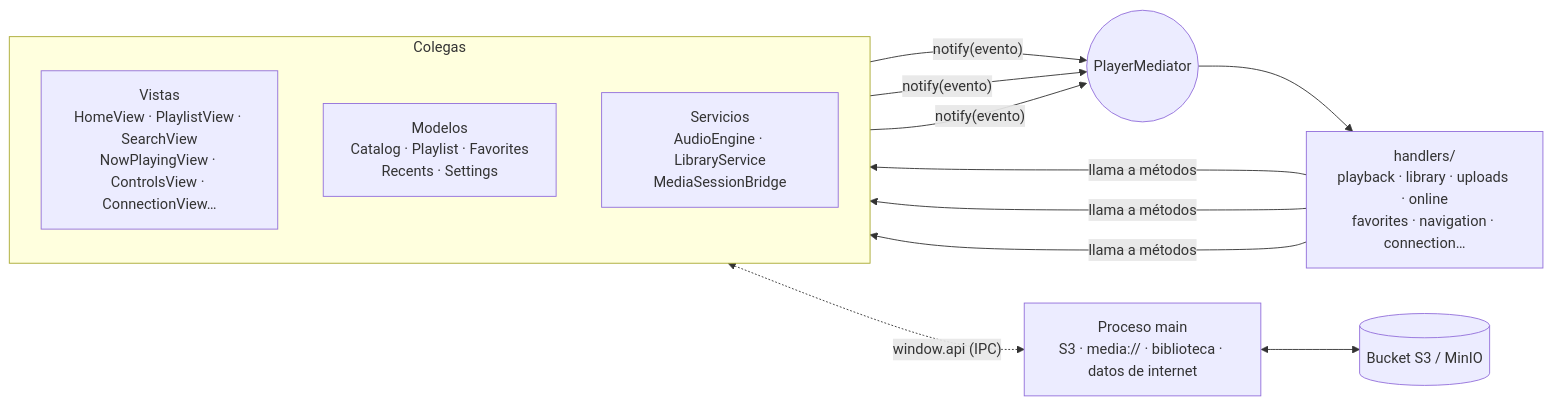
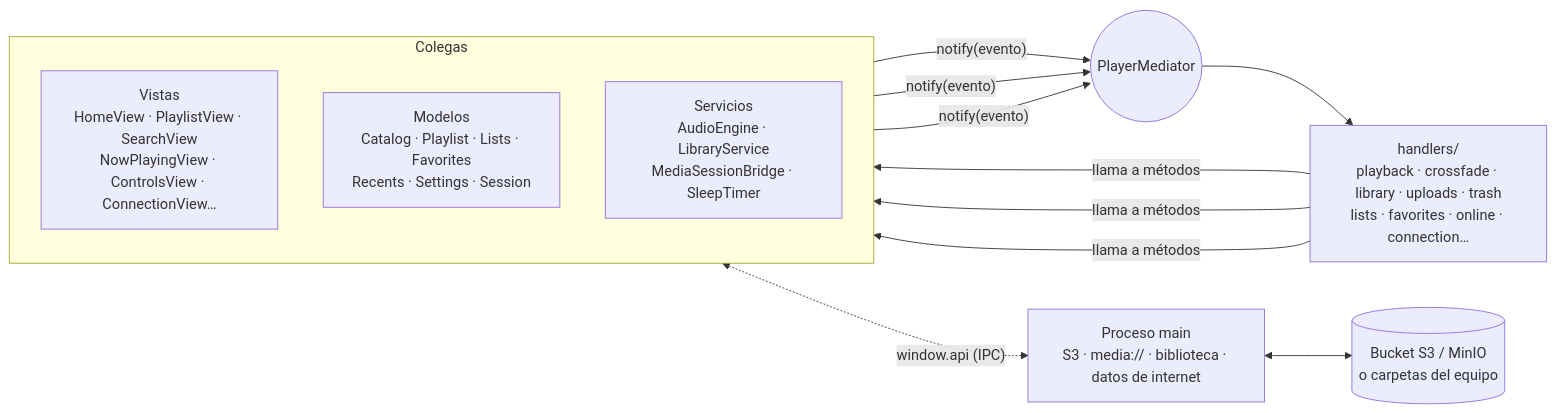
One commit to marmol89/pulse changed the diagram in README.md. Above: the diagram before and after it, drawn with Mermaid. The commit also changed other lines of this file, not shown here.

````diff
--- a/README.md
+++ b/README.md
@@ -150,16 +168,16 @@
 ```mermaid
 flowchart LR
   subgraph Colegas
     direction TB
     V["Vistas<br/>HomeView · PlaylistView · SearchView<br/>NowPlayingView · ControlsView · ConnectionView…"]
-    M["Modelos<br/>Catalog · Playlist · Favorites<br/>Recents · Settings"]
-    S["Servicios<br/>AudioEngine · LibraryService<br/>MediaSessionBridge"]
+    M["Modelos<br/>Catalog · Playlist · Lists · Favorites<br/>Recents · Settings · Session"]
+    S["Servicios<br/>AudioEngine · LibraryService<br/>MediaSessionBridge · SleepTimer"]
   end
   V -- "notify(evento)" --> MED(("PlayerMediator"))
   M -- "notify(evento)" --> MED
   S -- "notify(evento)" --> MED
-  MED --> H["handlers/<br/>playback · library · uploads · online<br/>favorites · navigation · connection…"]
+  MED --> H["handlers/<br/>playback · crossfade · library · uploads · trash<br/>lists · favorites · online · connection…"]
   H -- "llama a métodos" --> V & M & S
   S <-. "window.api (IPC)" .-> MAIN["Proceso main<br/>S3 · media:// · biblioteca · datos de internet"]
-  MAIN <--> B[("Bucket S3 / MinIO")]
+  MAIN <--> B[("Bucket S3 / MinIO<br/>o carpetas del equipo")]
 ```
````
